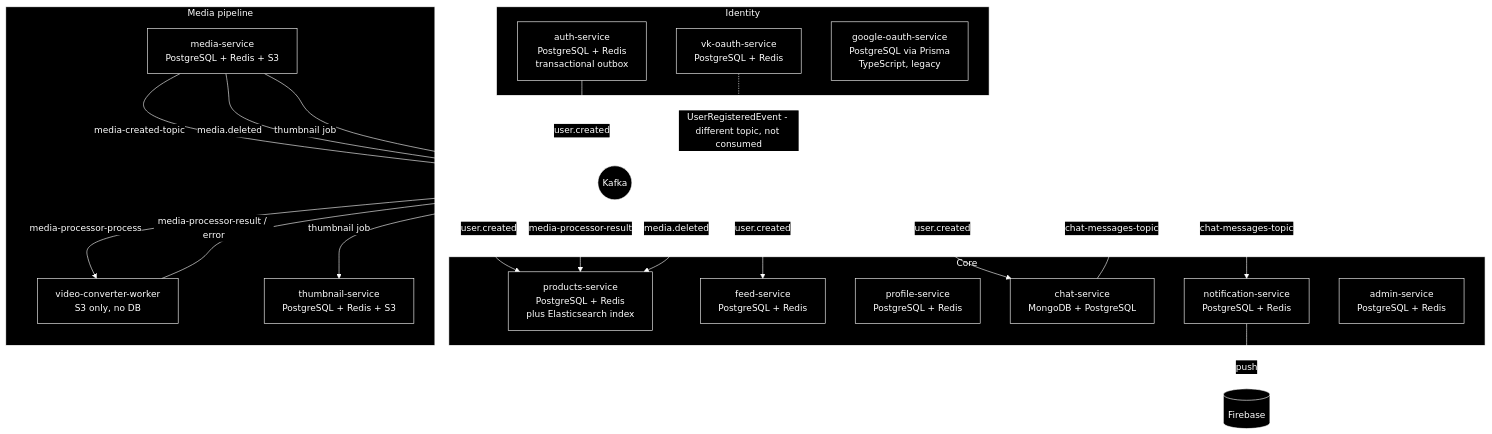
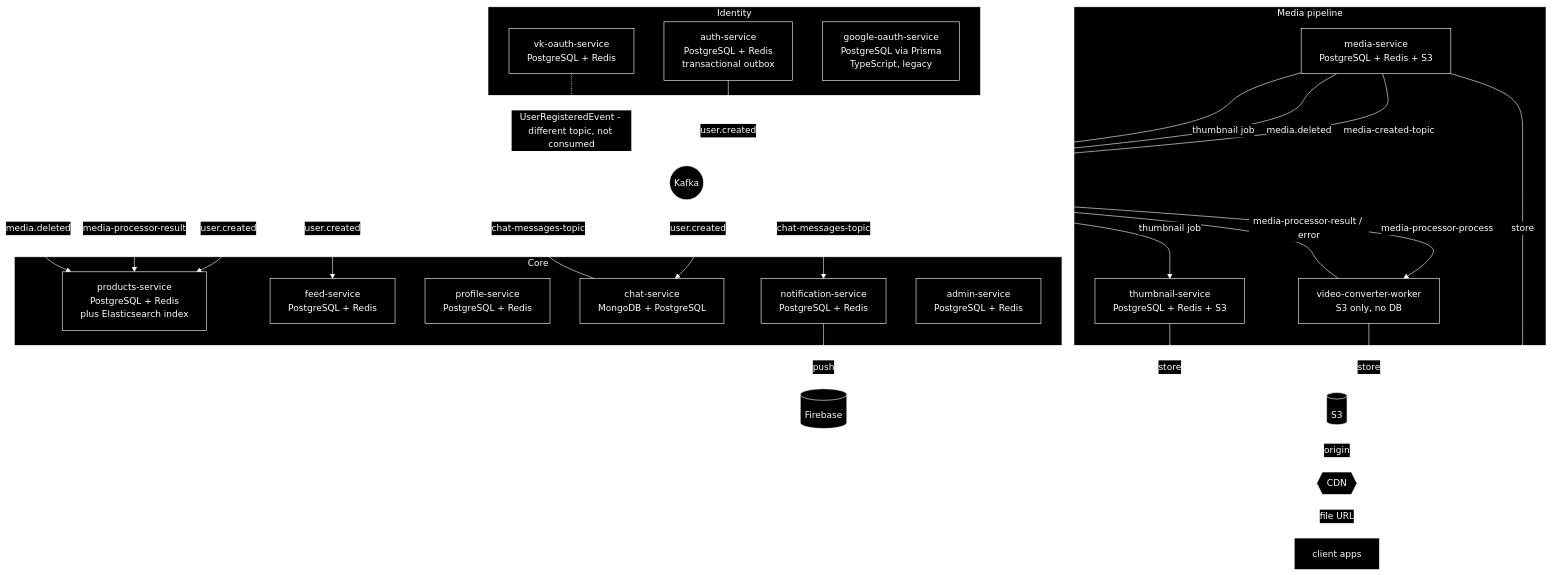
One commit to v3xtr/matreshka changed the diagram in README.md. Above: the diagram before and after it, drawn with Mermaid. The commit also changed other lines of this file, not shown here.

Commit message:
docs: add CDN delivery layer to the diagram
Files are stored in S3 (media-service, video-converter-worker,
thumbnail-service all write there) but served to clients through a
CDN in front of it, not straight from the bucket. Add S3 and CDN as
explicit nodes so that distinction is visible on the diagram, not
just implied by the per-service "+ S3" labels.

````diff
--- a/README.md
+++ b/README.md
@@ -26,58 +26,67 @@
 ```mermaid
 %%{init: {'theme': 'base', 'themeVariables': {
     'background': '#000000',
     'primaryColor': '#000000',
     'primaryTextColor': '#ffffff',
     'primaryBorderColor': '#ffffff',
     'lineColor': '#ffffff',
     'secondaryColor': '#000000',
     'tertiaryColor': '#000000',
     'clusterBkg': '#000000',
     'clusterBorder': '#ffffff',
     'edgeLabelBackground': '#000000',
     'fontSize': '15px'
 }}}%%
 flowchart TB
     subgraph Identity
         AUTH[auth-service<br/>PostgreSQL + Redis<br/>transactional outbox]
         VK[vk-oauth-service<br/>PostgreSQL + Redis]
         GOOGLE[google-oauth-service<br/>PostgreSQL via Prisma<br/>TypeScript, legacy]
     end
 
     subgraph Core
         PRODUCTS[products-service<br/>PostgreSQL + Redis<br/>plus Elasticsearch index]
         FEED[feed-service<br/>PostgreSQL + Redis]
         PROFILE[profile-service<br/>PostgreSQL + Redis]
         CHAT[chat-service<br/>MongoDB + PostgreSQL]
         NOTIF[notification-service<br/>PostgreSQL + Redis]
         ADMIN[admin-service<br/>PostgreSQL + Redis]
     end
 
     subgraph MediaPipeline[Media pipeline]
         MEDIA[media-service<br/>PostgreSQL + Redis + S3]
         CONVERTER[video-converter-worker<br/>S3 only, no DB]
         THUMB[thumbnail-service<br/>PostgreSQL + Redis + S3]
     end
 
     KAFKA((Kafka))
 
     AUTH -- user.created --> KAFKA
     KAFKA -- user.created --> PRODUCTS
     KAFKA -- user.created --> FEED
     KAFKA -- user.created --> CHAT
 
     VK -. UserRegisteredEvent - different topic, not consumed .-> KAFKA
 
     MEDIA -- media-created-topic --> KAFKA
     KAFKA -- media-processor-process --> CONVERTER
     CONVERTER -- media-processor-result / error --> KAFKA
     KAFKA -- media-processor-result --> PRODUCTS
     MEDIA -- media.deleted --> KAFKA
     KAFKA -- media.deleted --> PRODUCTS
     MEDIA -- thumbnail job --> KAFKA
     KAFKA -- thumbnail job --> THUMB
 
     CHAT -- chat-messages-topic --> KAFKA
     KAFKA -- chat-messages-topic --> NOTIF
     NOTIF -- push --> FCM[(Firebase)]
+
+    S3[(S3)]
+    CDN{{CDN}}
+
+    MEDIA -- store --> S3
+    CONVERTER -- store --> S3
+    THUMB -- store --> S3
+    S3 -- origin --> CDN
+    CDN -- file URL --> CLIENTS[client apps]
 ```
````
